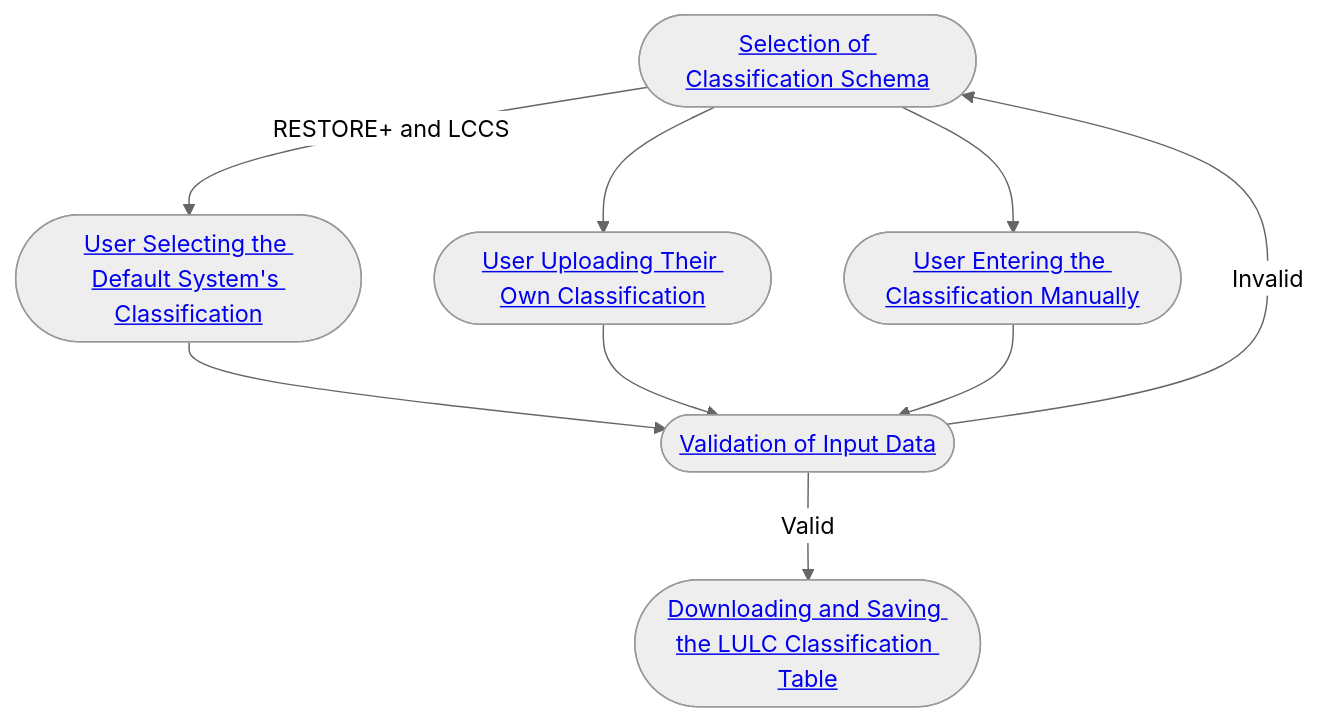
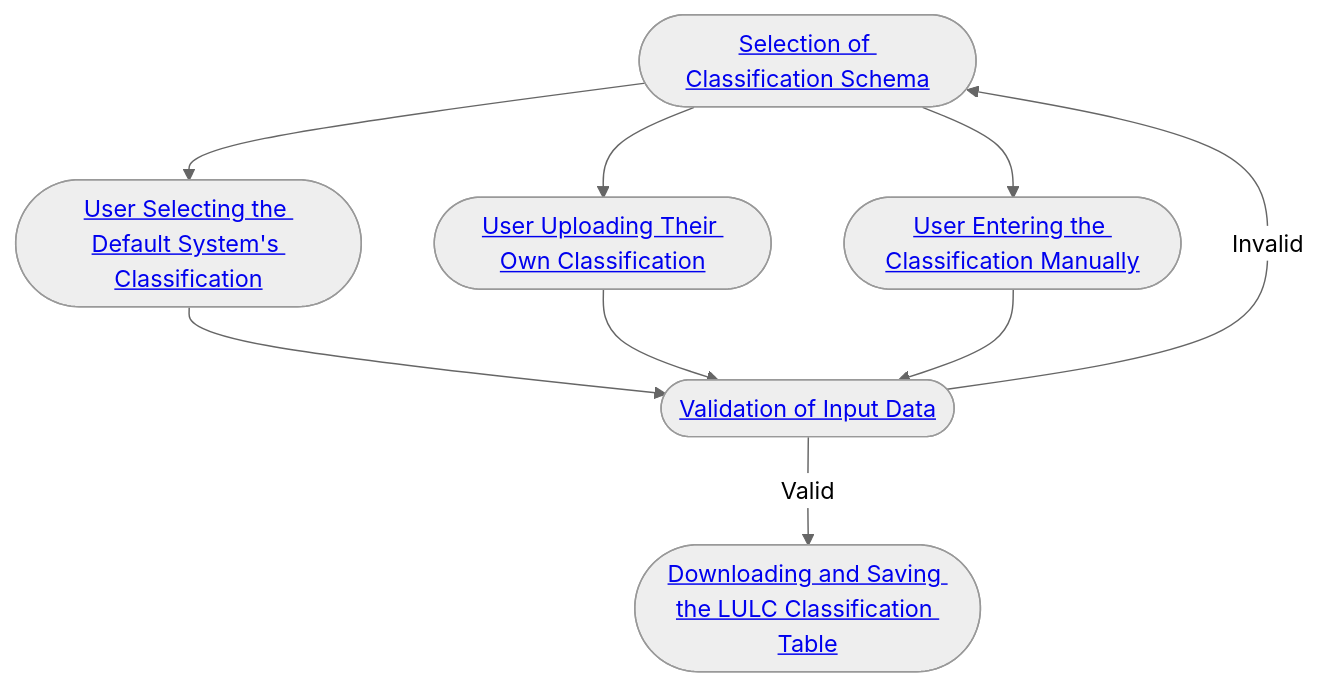
One commit to epistem-io/epistemx-technical-documentation changed the diagram in module02.qmd. Above: the diagram before and after it, drawn with Mermaid (neutral theme). The commit also changed other lines of this file, not shown here.

````diff
--- a/module02.qmd
+++ b/module02.qmd
@@ -30,23 +30,23 @@
 ```{mermaid}
 flowchart TD
 
 A([<a href="#sec-selection-of-classification-schema">Selection of Classification Schema</a>])
 B([<a href="#sec-user-selecting-the-default-system-classification">User Selecting the Default System's Classification</a>])
 C([<a href="#sec-user-uploading-their-own-classification">User Uploading Their Own Classification</a>])
 D([<a href="#sec-user-entering-the-classification-manually">User Entering the Classification Manually</a>])
 E([<a href="#validation-of-input-data">Validation of Input Data</a>])
 F([<a href="#sec-saving-the-lulc-classification-table">Downloading and Saving the LULC Classification Table</a>])
 
 %% Flow connections
-A -->|RESTORE+ and LCCS| B
+A --> B
 A --> C
 A --> D
 
 B --> E
 C --> E
 D --> E
 
 
 E -->|Valid| F
 E -->|Invalid| A
 ```
````
